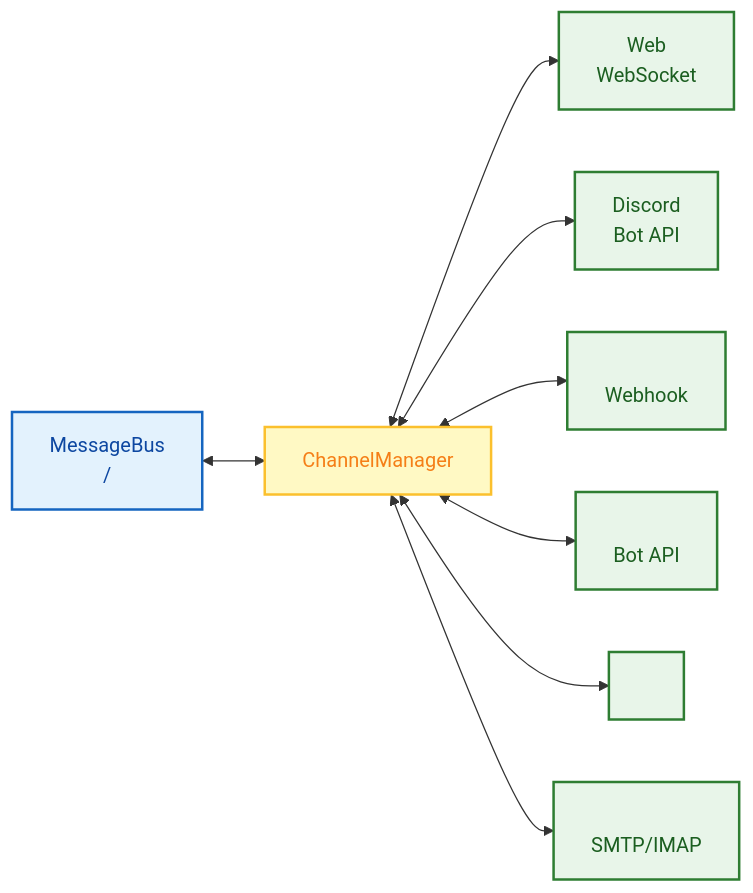
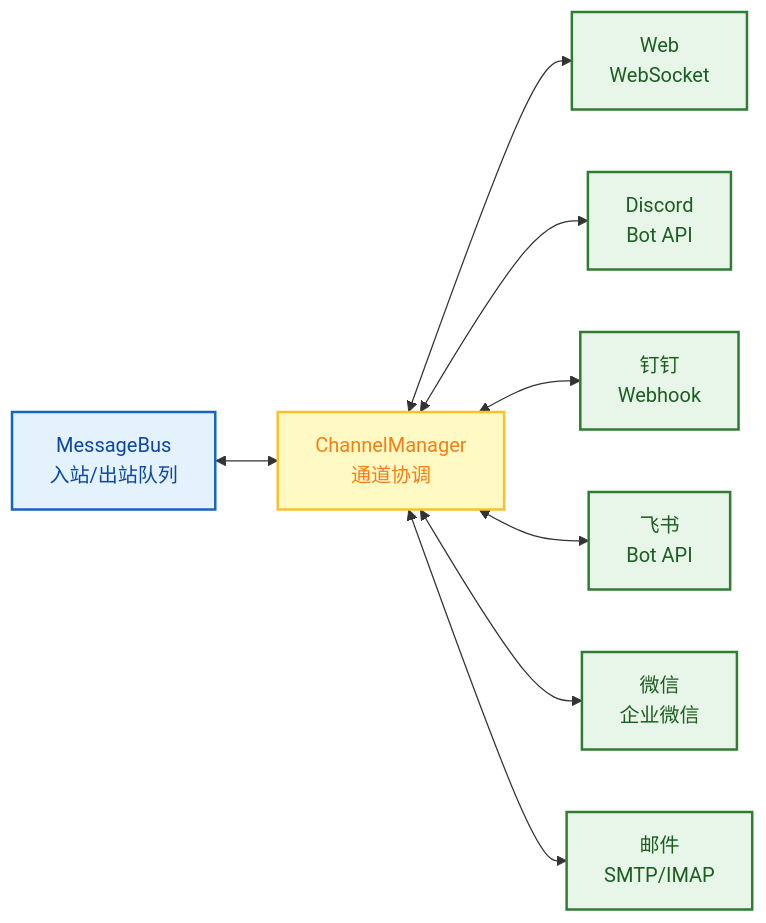
One commit to xt765/FinchBot changed the seventh of 10 diagrams in docs/zh-CN/architecture.md. Above: the diagram before and after it, drawn with Mermaid. The commit also changed other lines of this file and 10 other files, not shown here.

````diff
--- a/docs/zh-CN/architecture.md
+++ b/docs/zh-CN/architecture.md
@@ -532,19 +533,19 @@
 ```mermaid
 flowchart LR
     classDef bus fill:#e3f2fd,stroke:#1565c0,stroke-width:2px,color:#0d47a1;
     classDef manager fill:#fff9c4,stroke:#fbc02d,stroke-width:2px,color:#f57f17;
     classDef channel fill:#e8f5e9,stroke:#2e7d32,stroke-width:2px,color:#1b5e20;
 
-    Bus[MessageBus<br/>/]:::bus
-    CM[ChannelManager<br/>]:::manager
+    Bus[MessageBus<br/>入站/出站队列]:::bus
+    CM[ChannelManager<br/>通道协调]:::manager
 
     Web[Web<br/>WebSocket]:::channel
     Discord[Discord<br/>Bot API]:::channel
-    DingTalk[<br/>Webhook]:::channel
-    Feishu[<br/>Bot API]:::channel
-    WeChat[<br/>]:::channel
-    Email[<br/>SMTP/IMAP]:::channel
+    DingTalk[钉钉<br/>Webhook]:::channel
+    Feishu[飞书<br/>Bot API]:::channel
+    WeChat[微信<br/>企业微信]:::channel
+    Email[邮件<br/>SMTP/IMAP]:::channel
 
     Bus <--> CM
     CM <--> Web & Discord & DingTalk & Feishu & WeChat & Email
 ```
````
